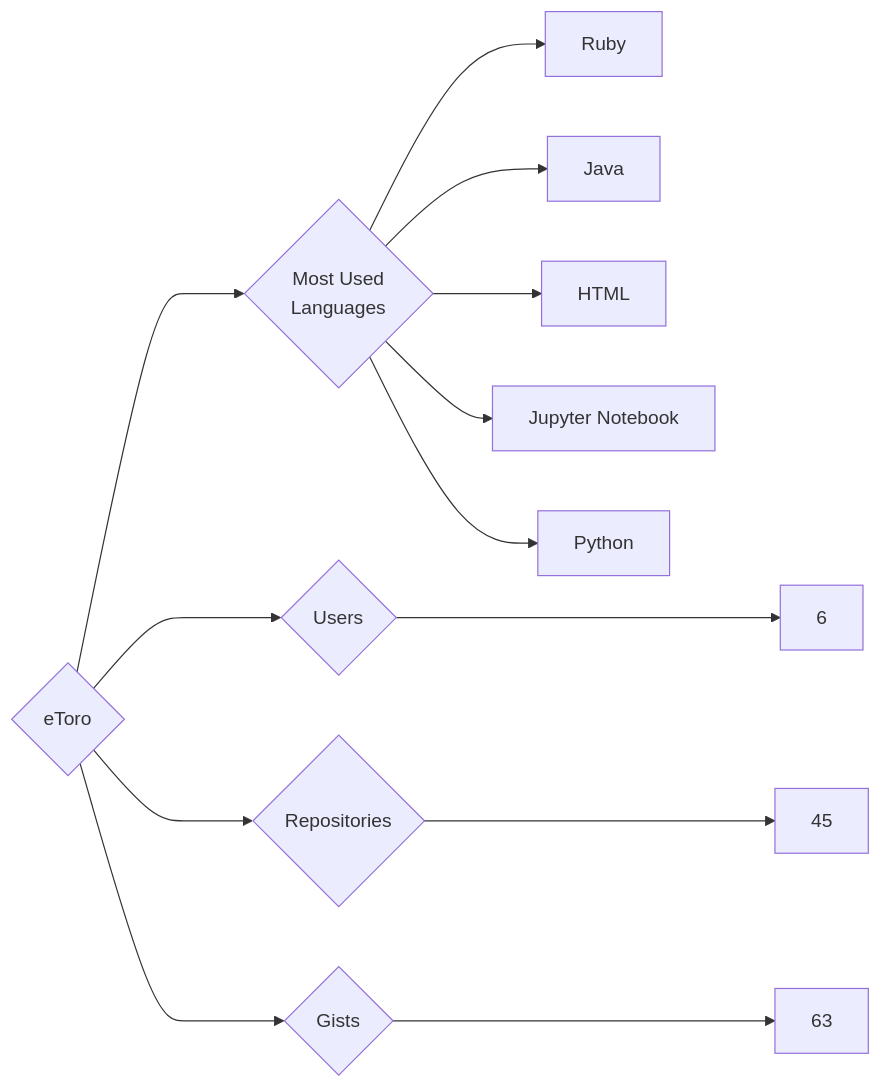
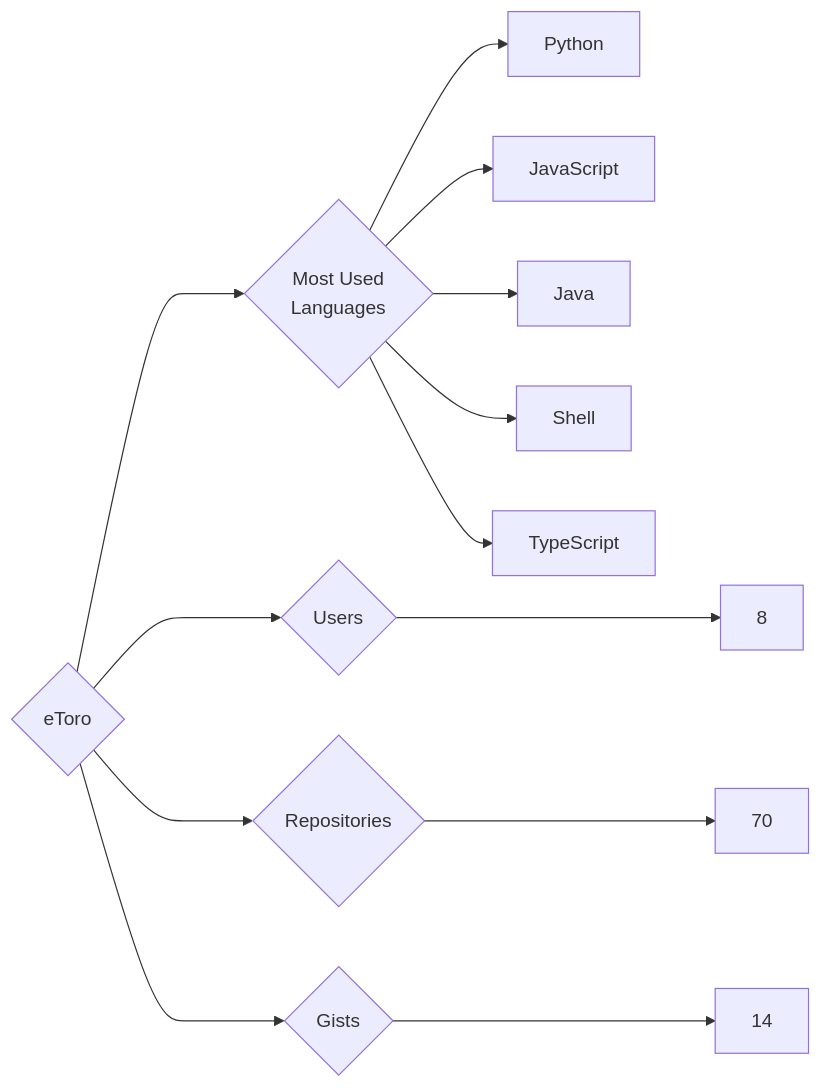
The diagram in targets/eToro/README.md (trickest/insiders), drawn with Mermaid before and after one commit. The commit also changed 1195 other files, not shown here.

````diff
--- a/targets/eToro/README.md
+++ b/targets/eToro/README.md
@@ -3,13 +3,13 @@
 ```mermaid
 graph LR
 COMPANY_NAME{eToro}
-COMPANY_NAME ---> U{Users} ---> UN[6]
-COMPANY_NAME ---> R{Repositories} ---> RN[45]
-COMPANY_NAME ---> G{Gists} ---> GN[63]
+COMPANY_NAME ---> U{Users} ---> UN[8]
+COMPANY_NAME ---> R{Repositories} ---> RN[70]
+COMPANY_NAME ---> G{Gists} ---> GN[14]
 COMPANY_NAME ---> ML{Most Used<br>Languages}
-ML --> Ruby[Ruby]
+ML --> Python[Python]
+ML --> JavaScript[JavaScript]
 ML --> Java[Java]
-ML --> HTML[HTML]
-ML --> Jupyter_Notebook[Jupyter Notebook]
-ML --> Python[Python]
+ML --> Shell[Shell]
+ML --> TypeScript[TypeScript]
 ```
````
